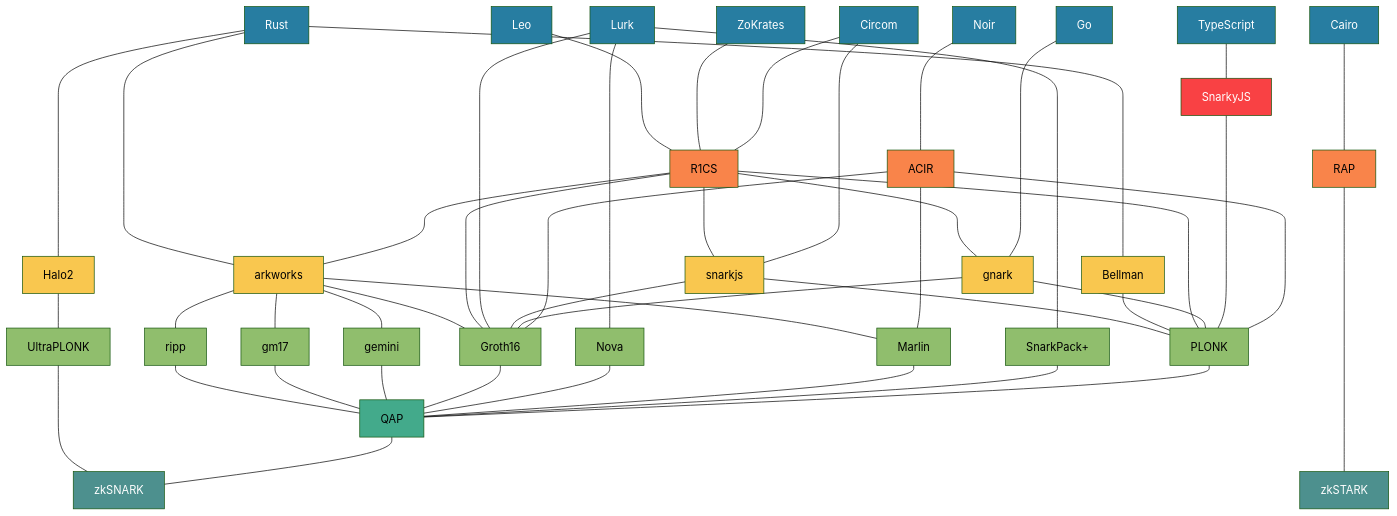
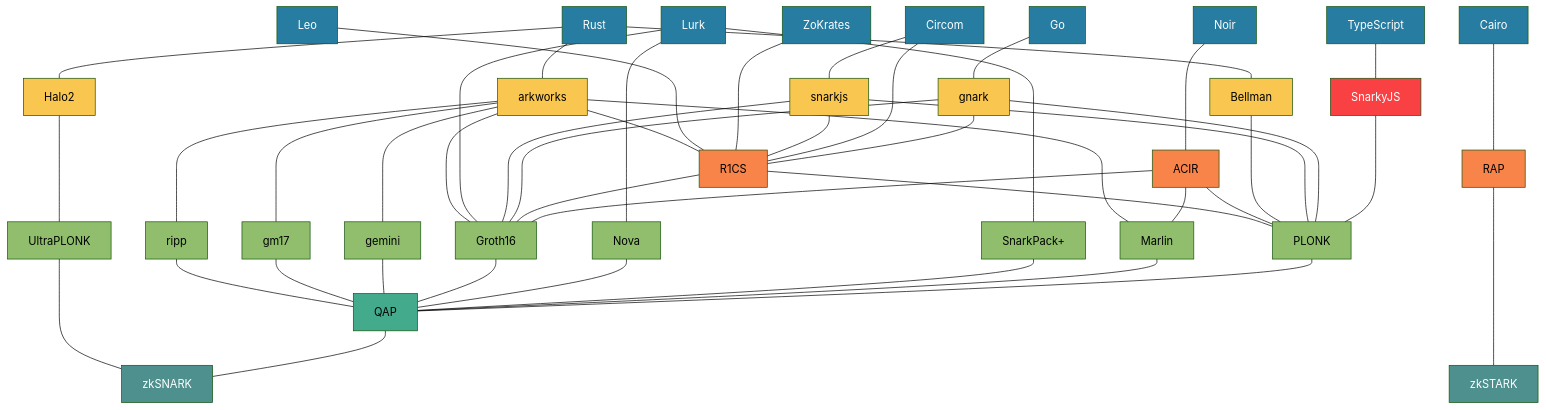
Before and after one commit to alxkzmn/zk-atlas: the first of 2 diagrams in README.md, drawn with Mermaid (forest theme).

Commit message:
Swap libraries and intermediate format levels

```diff
--- a/README.md
+++ b/README.md
@@ -8,51 +8,51 @@
 %% No need to "define" a new block in a special way, the first mention is the definition.
 %% The connection length is determined by the number of dashes, but the minimum is three ---.
 %% If you need to skip a level, use more than three dashes.
-    Rust ------ Bellman
-    Rust ------ arkworks
-    Rust ----- Halo2
-    Halo2 --- UltraPLONK
-    snarkjs --- PLONK
-    arkworks --- Groth16
-    Bellman --- PLONK
-    R1CS ---- snarkjs
-    R1CS ---- gnark
+    Rust --- Bellman
+    Rust --- arkworks
+    Rust --- Halo2
+    Halo2 ---- UltraPLONK
+    arkworks ---- Groth16
     R1CS --- PLONK
+    ACIR --- PLONK
+    Bellman ---- PLONK
+    Lurk ----- Nova
+    Lurk ----- SnarkPack[SnarkPack+]
+    TypeScript --- SnarkyJS
+    Lurk ----- Groth16
+    snarkjs ---- Groth16
+    snarkjs ---- PLONK
+    gnark ---- Groth16
     R1CS --- Groth16
-    Lurk ------- Groth16
-    TypeScript --- SnarkyJS
-    snarkjs --- Groth16
-    gnark --- Groth16
-    gnark --- PLONK
-    R1CS ---- arkworks
-    SnarkyJS ------ PLONK
-    Circom ----- snarkjs
-    Go ------ gnark
-    arkworks --- Marlin
-    arkworks --- ripp
-    arkworks --- gm17
-    arkworks --- gemini
+    gnark ---- PLONK
+    arkworks --- R1CS
+    SnarkyJS ---- PLONK
+    Circom --- snarkjs
+    Go --- gnark
+    arkworks ---- Marlin
+    arkworks ---- ripp
+    arkworks ---- gm17
+    arkworks ---- gemini
     ripp --- QAP
     gm17 --- QAP
     gemini --- QAP
     Groth16 --- QAP
     Nova --- QAP
     Noir ---- ACIR
+    SnarkPack --- QAP
     Marlin --- QAP
-    Lurk ------- SnarkPack[SnarkPack+]
-    Lurk ------- Nova
     Leo ---- R1CS
     ZoKrates ---- R1CS
+    snarkjs --- R1CS
     Circom ---- R1CS
-    SnarkPack --- QAP
+    gnark --- R1CS
     PLONK --- QAP
     UltraPLONK ---- zkSNARK
-    ACIR ----- PLONK
-    ACIR ----- Groth16
-    ACIR ----- Marlin
+    ACIR --- Marlin
+    ACIR --- Groth16
     QAP --- zkSNARK
     Cairo ---- RAP
-    RAP ------- zkSTARK
+    RAP ----- zkSTARK
     
     %% Visual style definition. Color here refers to text color.
     %% If you want to modify a style, please modify the corresponding style of the legend below.
```
